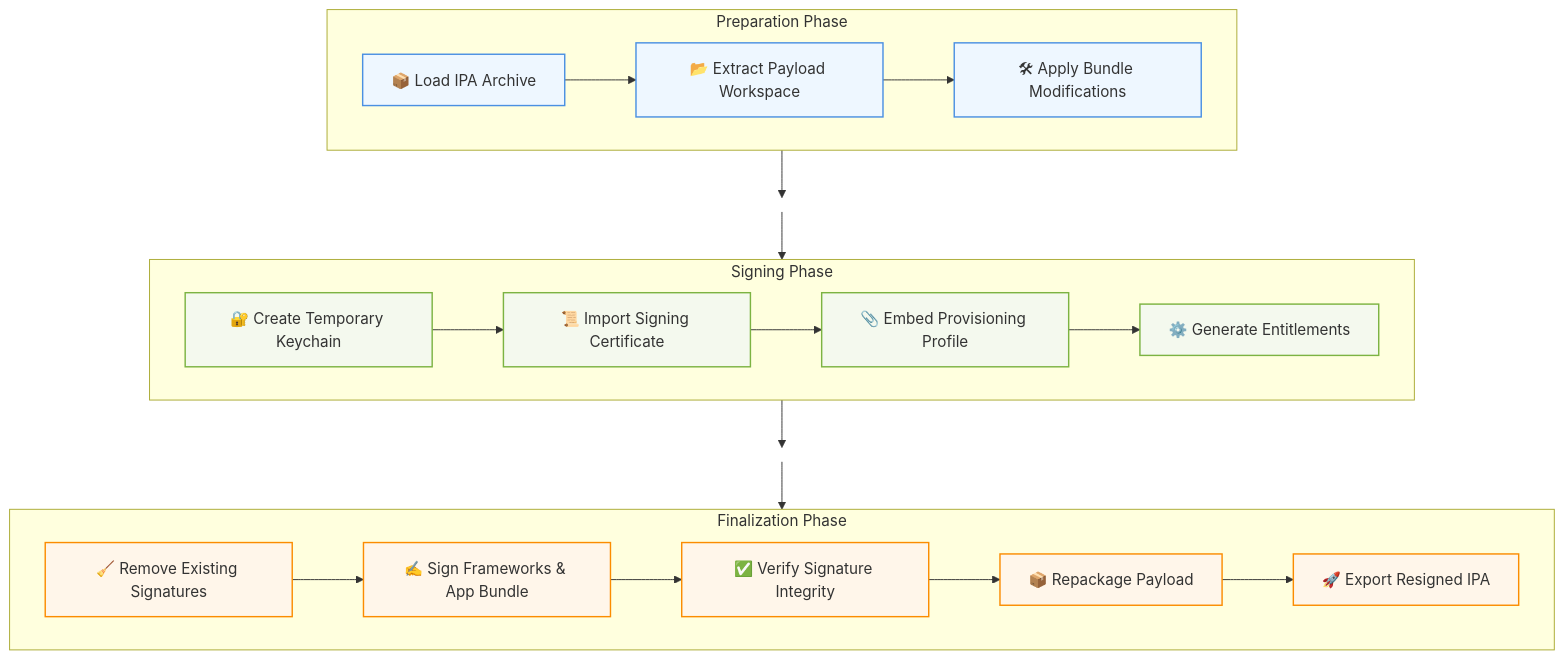
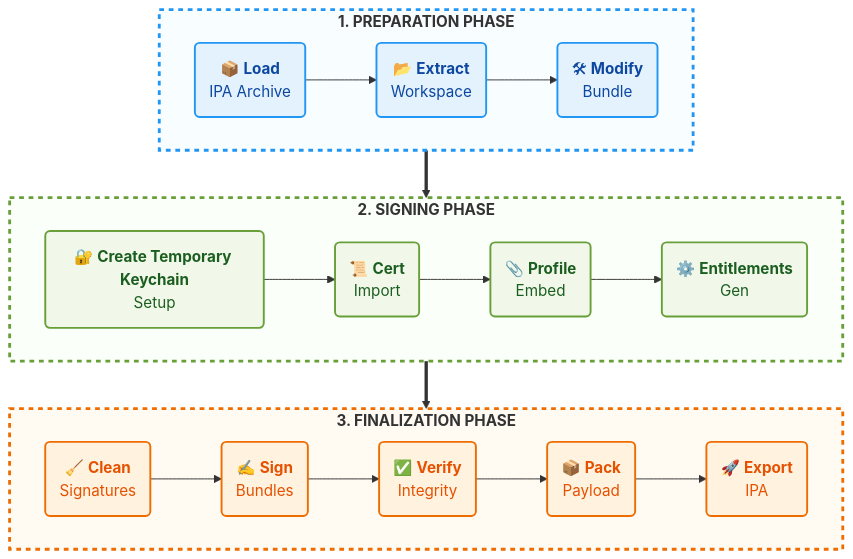
Before and after one commit to TechStoriesBlog/ipa-sign-craft: the diagram in README.md, drawn with Mermaid. The commit also changed other lines of this file, not shown here.

Commit message:
issue: Fix missing icon

````diff
--- a/README.md
+++ b/README.md
@@ -71,34 +71,50 @@
 ```mermaid
 flowchart TB
-
-    subgraph Preparation["Preparation Phase"]
+    %% Phase 1: Preparation
+    subgraph Preparation ["<b>1. PREPARATION PHASE</b>"]
         direction LR
-        A[📦 Load IPA Archive] --> B[📂 Extract Payload Workspace] --> C[🛠 Apply Bundle Modifications]
+        A("📦 <b>Load</b><br/>IPA Archive") 
+        B("📂 <b>Extract</b><br/>Workspace") 
+        C("🛠 <b>Modify</b><br/>Bundle")
+        A --> B --> C
     end
 
-    subgraph Signing["Signing Phase"]
+    %% Phase 2: Signing
+    subgraph Signing ["<b>2. SIGNING PHASE</b>"]
         direction LR
-        D[🔐 Create Temporary Keychain] --> E[📜 Import Signing Certificate] --> F[📎 Embed Provisioning Profile] --> G[⚙️ Generate Entitlements]
+        D("🔐 <b>Create Temporary Keychain</b><br/>Setup") 
+        E("📜 <b>Cert</b><br/>Import") 
+        F("📎 <b>Profile</b><br/>Embed") 
+        G("⚙️ <b>Entitlements</b><br/>Gen")
+        D --> E --> F --> G
     end
 
-    subgraph Finalization["Finalization Phase"]
+    %% Phase 3: Finalization
+    subgraph Finalization ["<b>3. FINALIZATION PHASE</b>"]
         direction LR
-        H[🧹 Remove Existing Signatures] --> I[✍️ Sign Frameworks & App Bundle] --> J[✅ Verify Signature Integrity] --> K[📦 Repackage Payload] --> L[🚀 Export Resigned IPA]
+        H("🧹 <b>Clean</b><br/>Signatures") 
+        I("✍️ <b>Sign</b><br/>Bundles") 
+        J("✅ <b>Verify</b><br/>Integrity") 
+        K("📦 <b>Pack</b><br/>Payload") 
+        L("🚀 <b>Export</b><br/>IPA")
+        H --> I --> J --> K --> L
     end
 
-    C --> MID1(( ))
-    MID1 --> D
+    %% Phase Transitions
+    Preparation ==> Signing
+    Signing ==> Finalization
 
-    G --> MID2(( ))
-    MID2 --> H
-
-    classDef prep fill:#eef7ff,stroke:#4a90e2,stroke-width:1.5px;
-    classDef sign fill:#f4f9ee,stroke:#7cb342,stroke-width:1.5px;
-    classDef final fill:#fff6ea,stroke:#fb8c00,stroke-width:1.5px;
-    classDef mid fill:none,stroke:none;
+    %% Styling Logic
+    classDef prep fill:#E3F2FD,stroke:#2196F3,stroke-width:2px,color:#0D47A1;
+    classDef sign fill:#F1F8E9,stroke:#689F38,stroke-width:2px,color:#1B5E20;
+    classDef final fill:#FFF3E0,stroke:#EF6C00,stroke-width:2px,color:#E65100;
+    
+    %% Style Subgraphs
+    style Preparation fill:#F8FDFF,stroke:#2196F3,stroke-width:3px,stroke-dasharray: 5 5
+    style Signing fill:#FBFFF9,stroke:#689F38,stroke-width:3px,stroke-dasharray: 5 5
+    style Finalization fill:#FFFAF2,stroke:#EF6C00,stroke-width:3px,stroke-dasharray: 5 5
 
     class A,B,C prep;
     class D,E,F,G sign;
     class H,I,J,K,L final;
-    class MID1,MID2 mid;
 ```
````
